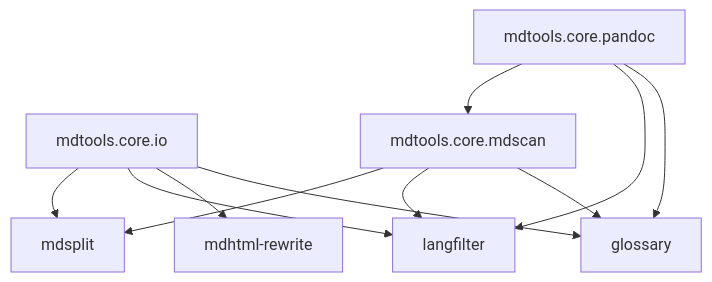
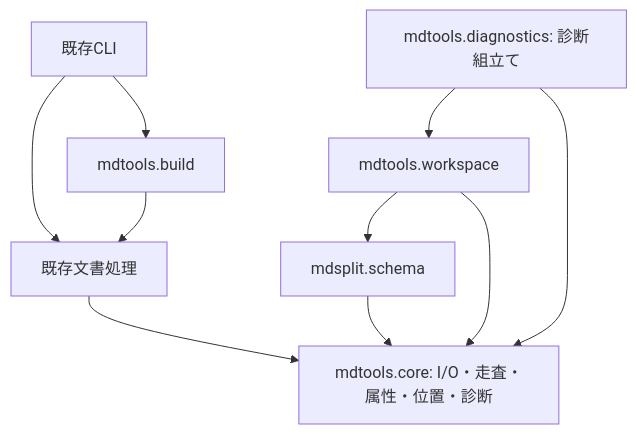
Before and after one commit to fischerimapig/mdtools: the second of 2 diagrams in README.md, drawn with Mermaid. The commit also changed other lines of this file and 19 other files, not shown here.

````diff
--- a/README.md
+++ b/README.md
@@ -200,21 +200,12 @@
 ```mermaid
 flowchart TB
-    io["mdtools.core.io"]
-    mdscan["mdtools.core.mdscan"]
-    pandoc["mdtools.core.pandoc"]
-    mdsplit["mdsplit"]
-    langfilter["langfilter"]
-    rewrite["mdhtml-rewrite"]
-    glossary["glossary"]
-
-    io --> mdsplit
-    io --> langfilter
-    io --> rewrite
-    io --> glossary
-    pandoc --> mdscan
-    mdscan --> mdsplit
-    mdscan --> langfilter
-    mdscan --> glossary
-    pandoc --> langfilter
-    pandoc --> glossary
+    cli["既存CLI"] --> build["mdtools.build"]
+    cli --> docs["既存文書処理"]
+    build --> docs
+    docs --> core["mdtools.core: I/O・走査・属性・位置・診断"]
+    workspace["mdtools.workspace"] --> tree["mdsplit.schema"]
+    tree --> core
+    workspace --> core
+    diagnostics["mdtools.diagnostics: 診断組立て"] --> workspace
+    diagnostics --> core
 ```
````
